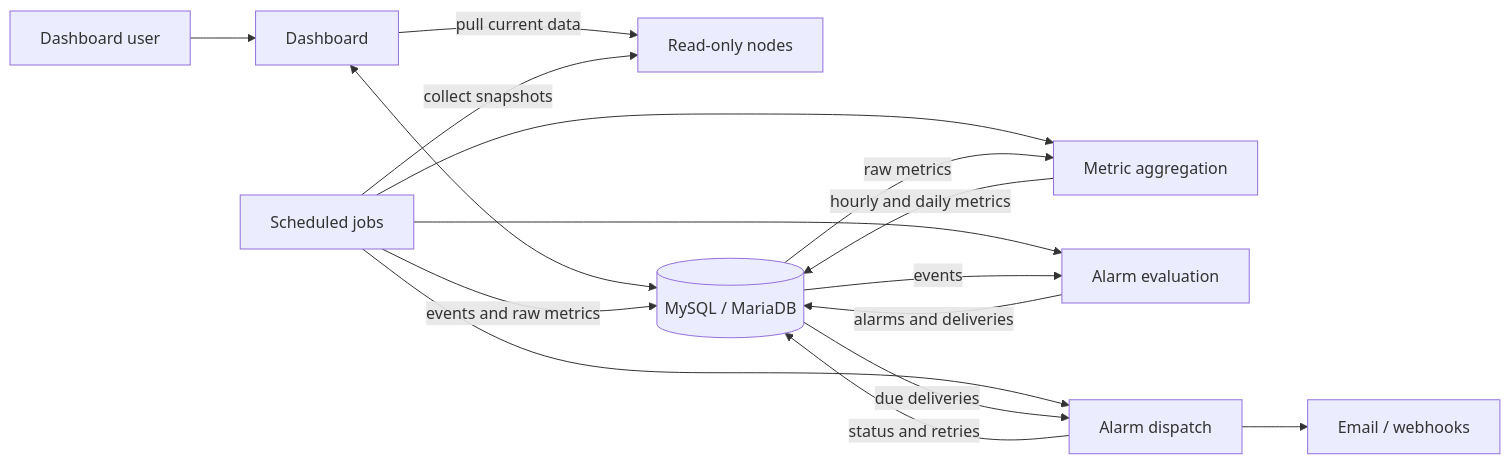
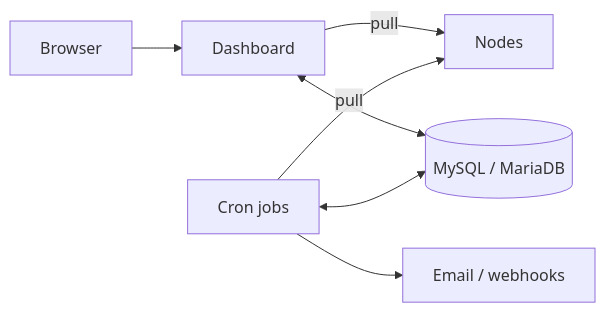
One commit to mata-sh/mata-dashboard changed the diagram in README.md. Above: the diagram before and after it, drawn with Mermaid.

Commit message:
docs: simplify architecture diagram

````diff
--- a/README.md
+++ b/README.md
@@ -37,21 +37,9 @@
 ```mermaid
 flowchart LR
-    Browser[Dashboard user] --> Dashboard[Dashboard]
-    Dashboard -->|pull current data| Node[Read-only nodes]
-    Dashboard <--> DB[(MySQL / MariaDB)]
-
-    Jobs[Scheduled jobs] -->|collect snapshots| Node
-    Jobs -->|events and raw metrics| DB
-    Jobs --> Aggregate[Metric aggregation]
-    DB -->|raw metrics| Aggregate
-    Aggregate -->|hourly and daily metrics| DB
-
-    Jobs --> Evaluate[Alarm evaluation]
-    DB -->|events| Evaluate
-    Evaluate -->|alarms and deliveries| DB
-
-    Jobs --> Dispatch[Alarm dispatch]
-    DB -->|due deliveries| Dispatch
-    Dispatch --> Channels[Email / webhooks]
-    Dispatch -->|status and retries| DB
+    User[Browser] --> Web[Dashboard]
+    Web -->|pull| Node[Nodes]
+    Cron[Cron jobs] -->|pull| Node
+    Web <--> DB[(MySQL / MariaDB)]
+    Cron <--> DB
+    Cron --> Out[Email / webhooks]
 ```
````
